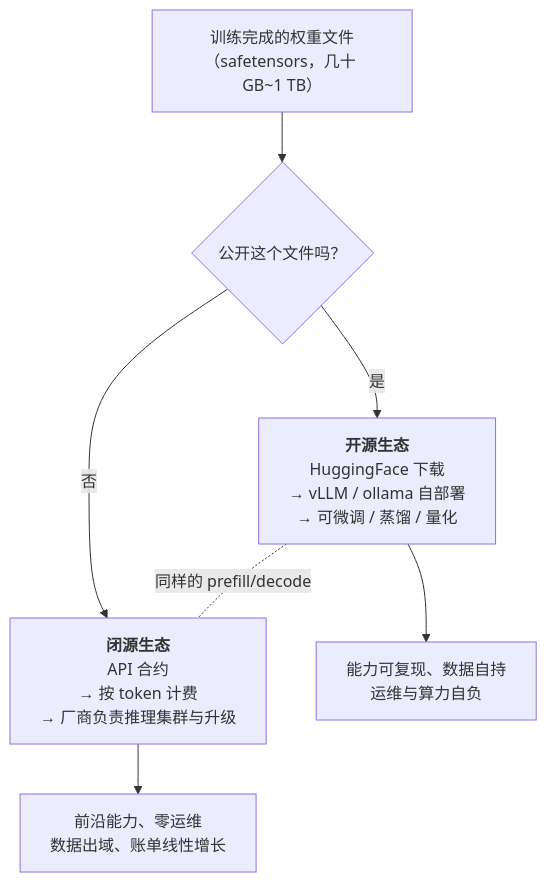
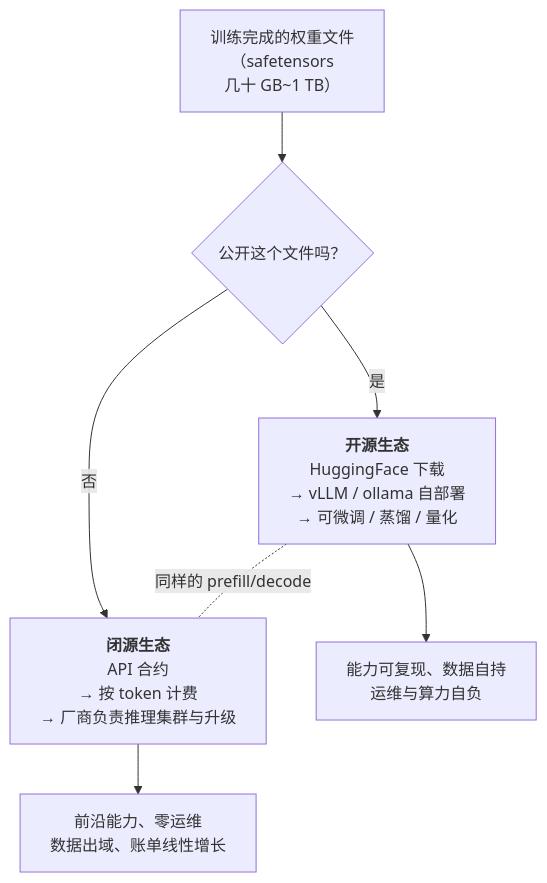
Before and after one commit to geekchow/technical-knowledge: the first of 2 diagrams in ai/llm-fundamentals/12-open-vs-closed.zh.md, drawn with Mermaid. The commit also changed 9 other files, not shown here.

Commit message:
fix mermaid label store issue.

````diff
--- a/ai/llm-fundamentals/12-open-vs-closed.zh.md
+++ b/ai/llm-fundamentals/12-open-vs-closed.zh.md
@@ -28,9 +28,9 @@
 ```mermaid
 flowchart TB
-    W["训练完成的权重文件<br/>（safetensors，几十 GB~1 TB）"] --> Q{"公开这个文件吗？"}
+    W["训练完成的权重文件<br/>（safetensors<br/>几十 GB~1 TB）"] --> Q{"公开这个文件吗？"}
     Q -->|是| O["<b>开源生态</b><br/>HuggingFace 下载<br/>→ vLLM / ollama 自部署<br/>→ 可微调 / 蒸馏 / 量化"]
     Q -->|否| C["<b>闭源生态</b><br/>API 合约<br/>→ 按 token 计费<br/>→ 厂商负责推理集群与升级"]
     O --> U1["能力可复现、数据自持<br/>运维与算力自负"]
     C --> U2["前沿能力、零运维<br/>数据出域、账单线性增长"]
     O -.同样的 prefill/decode.- C
 ```
````
